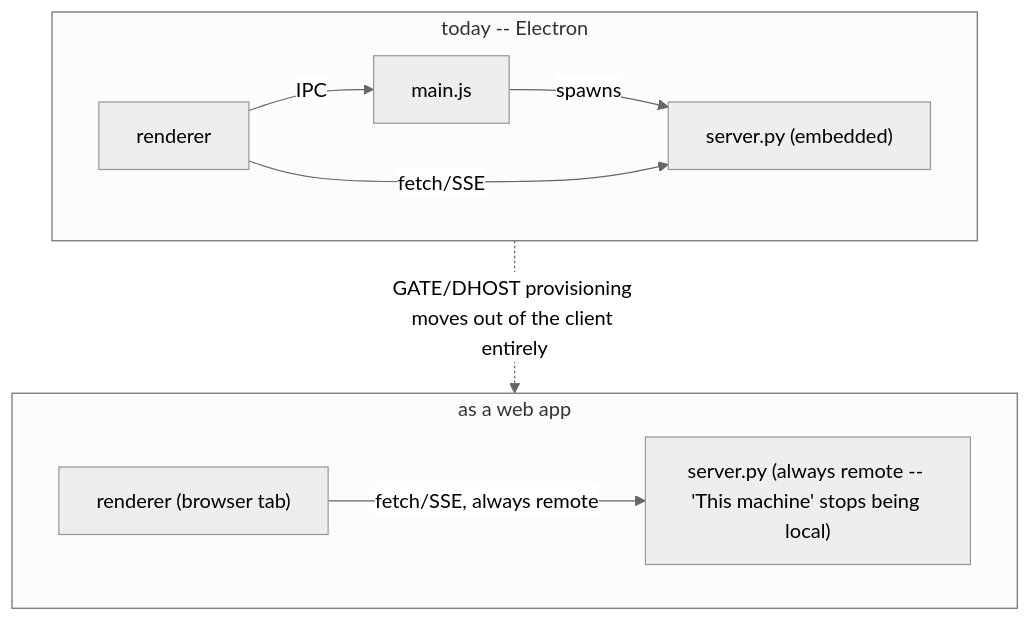
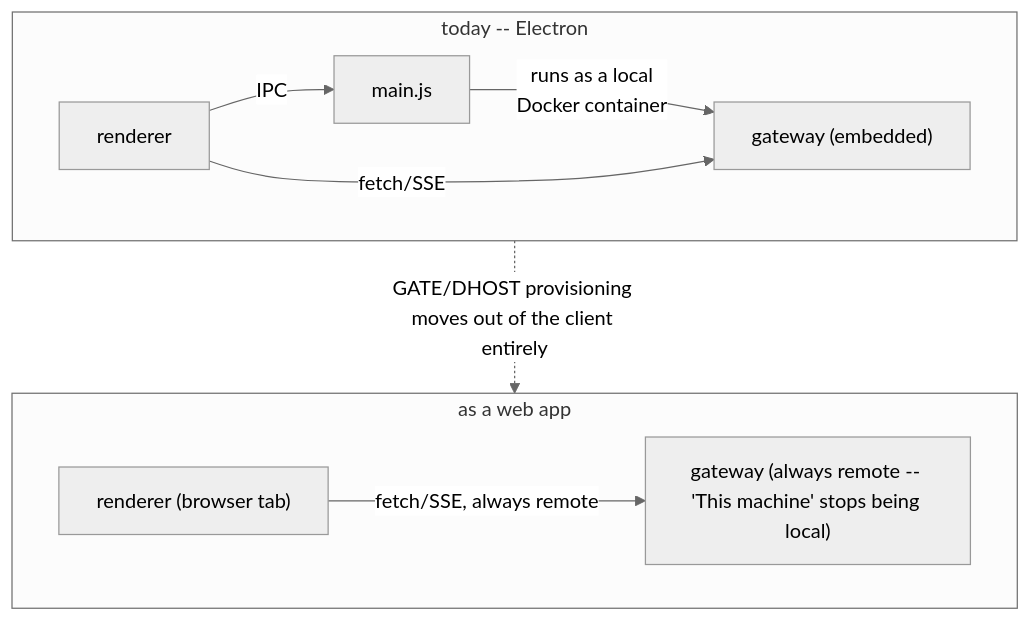
One commit to oliben67/cut-to-the-chase changed the second of 2 diagrams in docs/architecture/renderer-refactor-plan.md. Above: the diagram before and after it, drawn with Mermaid (neutral theme). The commit also changed other lines of this file and 4 other files, not shown here.

First line of the commit message:
docs(architecture): reconcile design docs against the log-sump migration

````diff
--- a/docs/architecture/renderer-refactor-plan.md
+++ b/docs/architecture/renderer-refactor-plan.md
@@ -232,14 +246,14 @@
 ```mermaid
 graph TB
   subgraph Today["today -- Electron"]
     direction LR
     RT["renderer"] -- "IPC" --> MT["main.js"]
-    MT -- "spawns" --> ST["server.py (embedded)"]
+    MT -- "runs as a local<br/>Docker container" --> ST["gateway (embedded)"]
     RT -- "fetch/SSE" --> ST
   end
   subgraph Web["as a web app"]
     direction LR
-    RW["renderer (browser tab)"] -- "fetch/SSE, always remote" --> SW["server.py (always remote -- 'This machine' stops being local)"]
+    RW["renderer (browser tab)"] -- "fetch/SSE, always remote" --> SW["gateway (always remote -- 'This machine' stops being local)"]
   end
   Today -.->|"GATE/DHOST provisioning moves out of the client entirely"| Web
 ```
````
